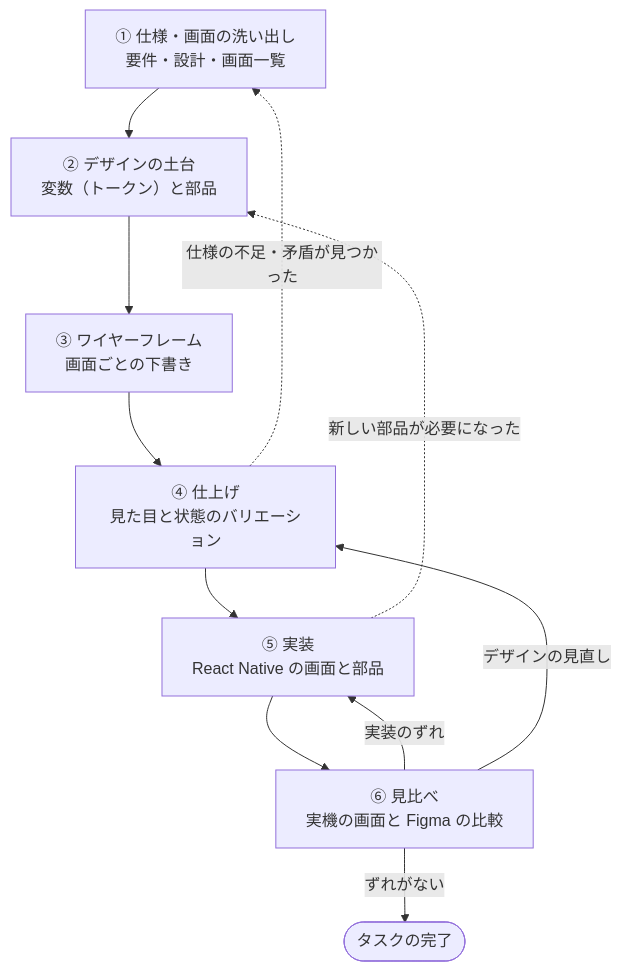
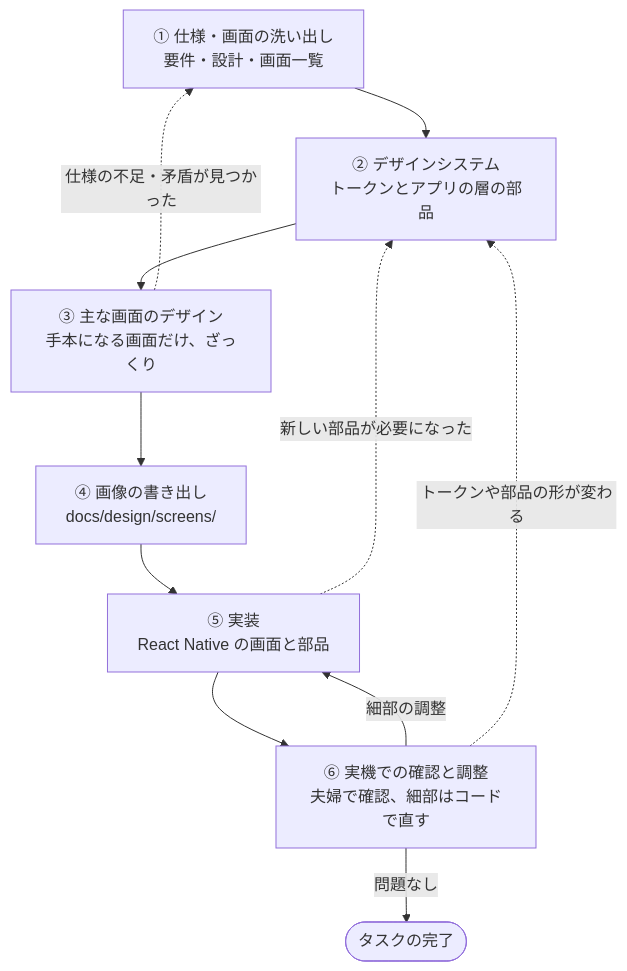
Before and after one commit to ch00z00/uchinokusa: the first of 7 diagrams in docs/design/design-to-implementation.md, drawn with Mermaid. The commit also changed other lines of this file and 6 other files, not shown here.

First line of the commit message:
docs(design): デザインの土台（foundations）と ADR 0002・0003 を追加

````diff
--- a/docs/design/design-to-implementation.md
+++ b/docs/design/design-to-implementation.md
@@ -12,17 +17,17 @@
 ```mermaid
 flowchart TB
     S1["① 仕様・画面の洗い出し<br/>要件・設計・画面一覧"]
-    S2["② デザインの土台<br/>変数（トークン）と部品"]
-    S3["③ ワイヤーフレーム<br/>画面ごとの下書き"]
-    S4["④ 仕上げ<br/>見た目と状態のバリエーション"]
+    S2["② デザインシステム<br/>トークンとアプリの層の部品"]
+    S3["③ 主な画面のデザイン<br/>手本になる画面だけ、ざっくり"]
+    S4["④ 画像の書き出し<br/>docs/design/screens/"]
     S5["⑤ 実装<br/>React Native の画面と部品"]
-    S6["⑥ 見比べ<br/>実機の画面と Figma の比較"]
+    S6["⑥ 実機での確認と調整<br/>夫婦で確認、細部はコードで直す"]
     DONE(["タスクの完了"])
 
     S1 --> S2 --> S3 --> S4 --> S5 --> S6
-    S6 -->|"ずれがない"| DONE
-    S6 -->|"実装のずれ"| S5
-    S6 -->|"デザインの見直し"| S4
-    S4 -.->|"仕様の不足・矛盾が見つかった"| S1
+    S6 -->|"問題なし"| DONE
+    S6 -->|"細部の調整"| S5
+    S6 -.->|"トークンや部品の形が変わる"| S2
+    S3 -.->|"仕様の不足・矛盾が見つかった"| S1
     S5 -.->|"新しい部品が必要になった"| S2
 ```
````
